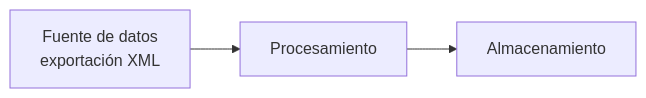
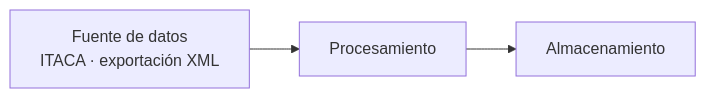
The diagram in README.md (HaelSel02/bigdata-p1-itaca), drawn with Mermaid before and after one commit. The commit also changed other lines of this file, not shown here.

Commit message:
Modificacion en el README para añadir los datos correctos

````diff
--- a/README.md
+++ b/README.md
@@ -9,4 +9,4 @@
 ```mermaid
 graph LR
-    A[Fuente de datos<br/>exportación XML] --> B[Procesamiento] --> C[Almacenamiento]
+    A[Fuente de datos<br/>ITACA · exportación XML] --> B[Procesamiento] --> C[Almacenamiento]
 ```
````
